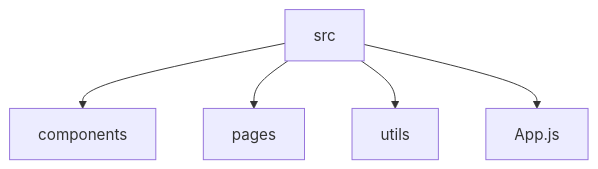
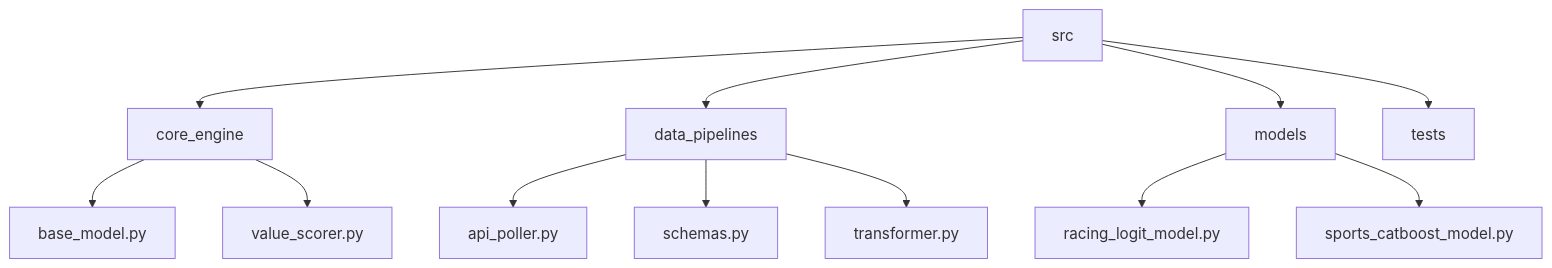
One commit to pcwilliams1258/MultiBet changed the first of 2 diagrams in current_project_state.md. Above: the diagram before and after it, drawn with Mermaid. The commit also changed other lines of this file and 15 other files, not shown here.

````diff
--- a/current_project_state.md
+++ b/current_project_state.md
@@ -21,7 +35,17 @@
 ```mermaid
 graph TD
-    A[src] --> B[components];
-    A --> C[pages];
-    A --> D[utils];
-    A --> E[App.js];
+    A[src] --> B[core_engine];
+    A --> C[data_pipelines];
+    A --> D[models];
+    A --> E[tests];
+
+    B --> B1[base_model.py];
+    B --> B2[value_scorer.py];
+
+    C --> C1[api_poller.py];
+    C --> C2[schemas.py];
+    C --> C3[transformer.py];
+
+    D --> D1[racing_logit_model.py];
+    D --> D2[sports_catboost_model.py];
 ```
````
